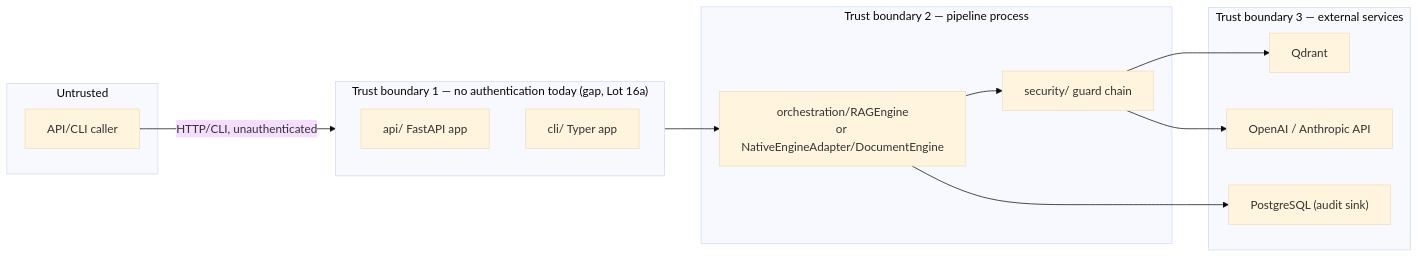
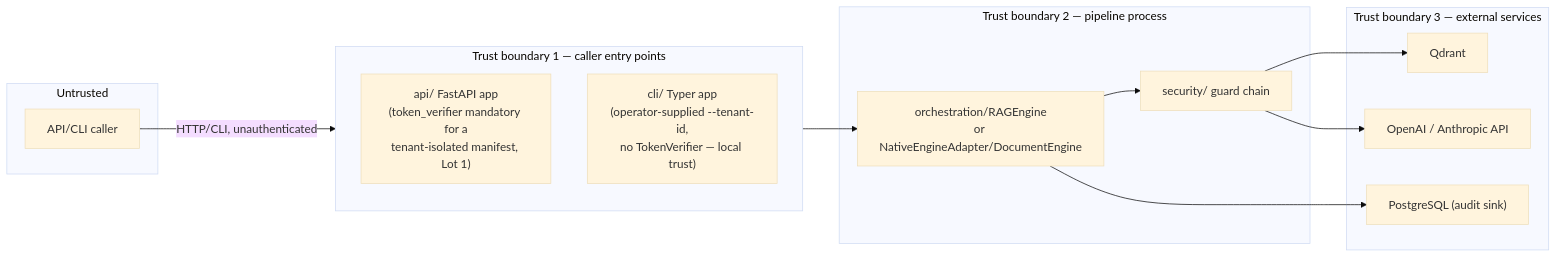
The diagram in docs/architecture/threat-model.md (HerbertGourout/modular-rag-framework), drawn with Mermaid before and after one commit. The commit also changed other lines of this file and 23 other files, not shown here.

````diff
--- a/docs/architecture/threat-model.md
+++ b/docs/architecture/threat-model.md
@@ -25,26 +25,26 @@
 ```mermaid
 %%{init: {"theme": "base"}}%%
 flowchart LR
     subgraph Untrusted["Untrusted"]
         Caller["API/CLI caller"]
     end
-    subgraph Boundary1["Trust boundary 1 — no authentication today (gap, Lot 16a)"]
-        API["api/ FastAPI app"]
-        CLI["cli/ Typer app"]
+    subgraph Boundary1["Trust boundary 1 — caller entry points"]
+        API["api/ FastAPI app\n(token_verifier mandatory for a\ntenant-isolated manifest, Lot 1)"]
+        CLI["cli/ Typer app\n(operator-supplied --tenant-id,\nno TokenVerifier — local trust)"]
     end
     subgraph Boundary2["Trust boundary 2 — pipeline process"]
         Engine["orchestration/RAGEngine\nor NativeEngineAdapter/DocumentEngine"]
         Guard["security/ guard chain"]
     end
     subgraph Boundary3["Trust boundary 3 — external services"]
         Vector["Qdrant"]
         LLM["OpenAI / Anthropic API"]
         PG["PostgreSQL (audit sink)"]
     end
     Caller -->|"HTTP/CLI, unauthenticated"| Boundary1
     Boundary1 --> Engine
     Engine --> Guard
     Guard --> Vector
     Guard --> LLM
     Engine --> PG
 ```
````
